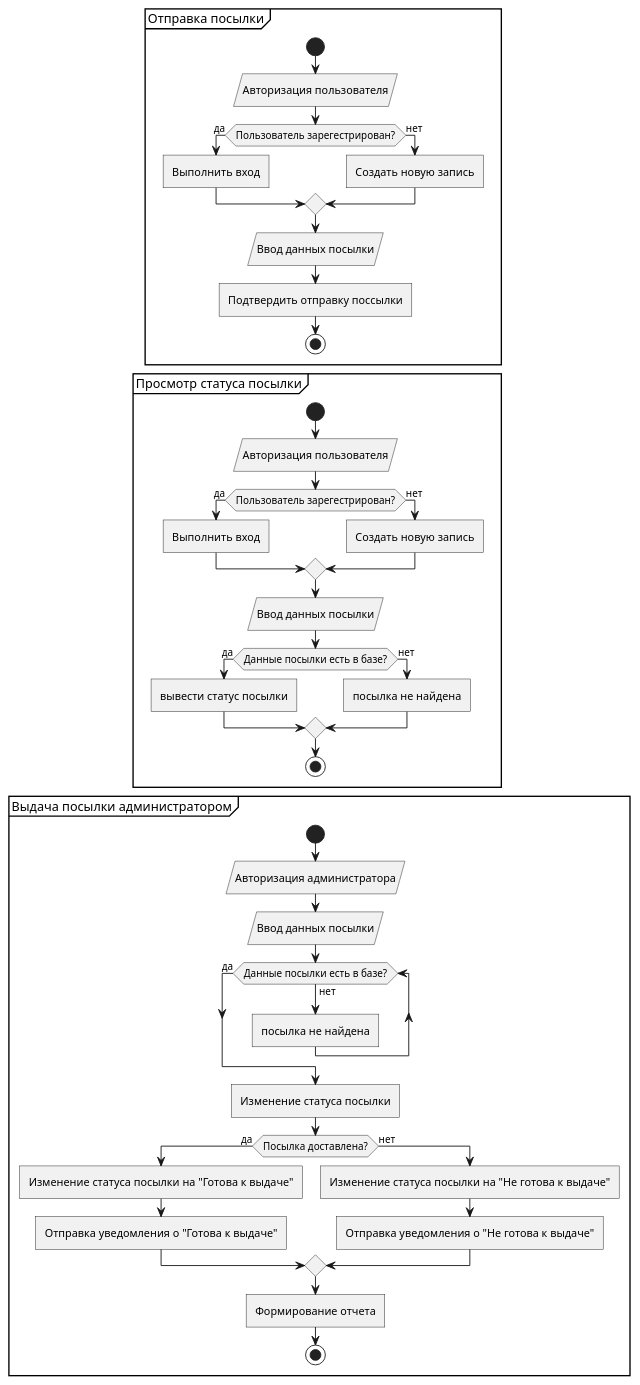
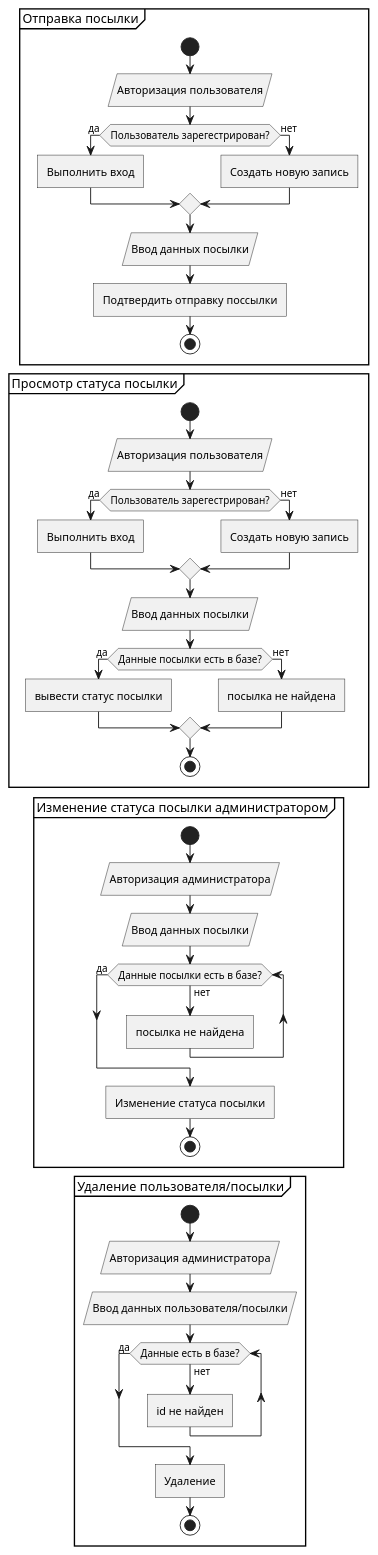
One commit to TEGI02/Lab3.1 changed the diagram in Case/UseCase2.puml. Above: the diagram before and after it, drawn with PlantUML. The commit also changed 8 other files, not shown here.

```diff
--- a/Case/UseCase2.puml
+++ b/Case/UseCase2.puml
@@ -1,50 +1,53 @@
 @startuml
 partition "Отправка посылки" {
   start
   :Авторизация пользователя/
   if (Пользователь зарегестрирован?) then (да)
     :Выполнить вход]
   else (нет)
     :Создать новую запись]
   endif
   :Ввод данных посылки/
   :Подтвердить отправку поссылки]
   stop
 }
 
 partition "Просмотр статуса посылки" {
   start
   :Авторизация пользователя/
   if (Пользователь зарегестрирован?) then (да)
     :Выполнить вход]
   else (нет)
     :Создать новую запись]
   endif
   :Ввод данных посылки/
   if (Данные посылки есть в базе?) then (да)
       :вывести статус посылки]
     else (нет)
       :посылка не найдена]
       endif
   stop
 }
 
-partition "Выдача посылки администратором" {
+partition "Изменение статуса посылки администратором" {
   start
   :Авторизация администратора/
   :Ввод данных посылки/
     while (Данные посылки есть в базе?) is (нет)
     :посылка не найдена]
     endwhile (да)
      :Изменение статуса посылки]
-  if (Посылка доставлена?) then (да)
-    :Изменение статуса посылки на "Готова к выдаче"]
-    :Отправка уведомления о "Готова к выдаче"]
-  else (нет)
-    :Изменение статуса посылки на "Не готова к выдаче"]
-    :Отправка уведомления о "Не готова к выдаче"]
-  endif
-  :Формирование отчета]
   stop
+  }
+  partition "Удаление пользователя/посылки" {
+    start
+    :Авторизация администратора/
+    :Ввод данных пользователя/посылки/
+      while (Данные есть в базе?) is (нет)
+      :id не найден]
+      endwhile (да)
+       :Удаление]
+
+    stop
 }
 @enduml
```
